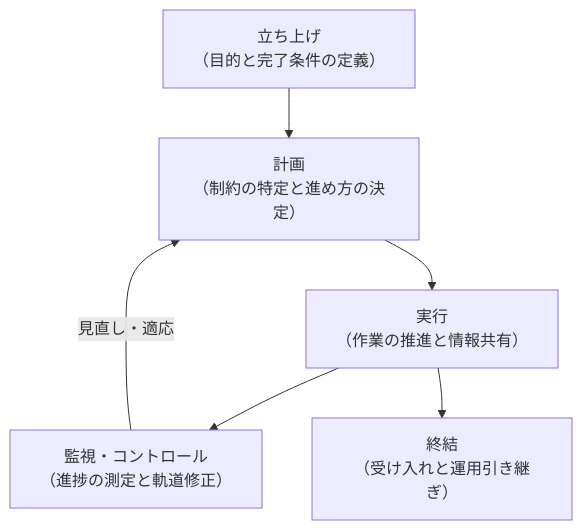
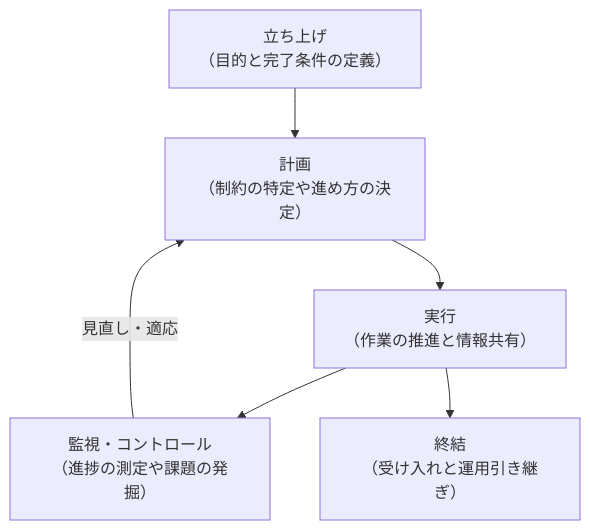
The diagram in books/project-management-as-dandori/2.what-is-project-management.md (MasuqaT-NET/Zenn-contents), drawn with Mermaid before and after one commit. The commit also changed other lines of this file and 1 other file, not shown here.

````diff
--- a/books/project-management-as-dandori/2.what-is-project-management.md
+++ b/books/project-management-as-dandori/2.what-is-project-management.md
@@ -26,8 +22,8 @@
 ```mermaid
 flowchart TD
-    initiating["立ち上げ<br>（目的と完了条件の定義）"] --> planning["計画<br>（制約の特定と進め方の決定）"]
+    initiating["立ち上げ<br>（目的と完了条件の定義）"] --> planning["計画<br>（制約の特定や進め方の決定）"]
     planning --> executing["実行<br>（作業の推進と情報共有）"]
-    executing --> monitoring["監視・コントロール<br>（進捗の測定と軌道修正）"]
+    executing --> monitoring["監視・コントロール<br>（進捗の測定や課題の発掘）"]
     monitoring -->|見直し・適応| planning
     executing --> closing["終結<br>（受け入れと運用引き継ぎ）"]
 ```
````
